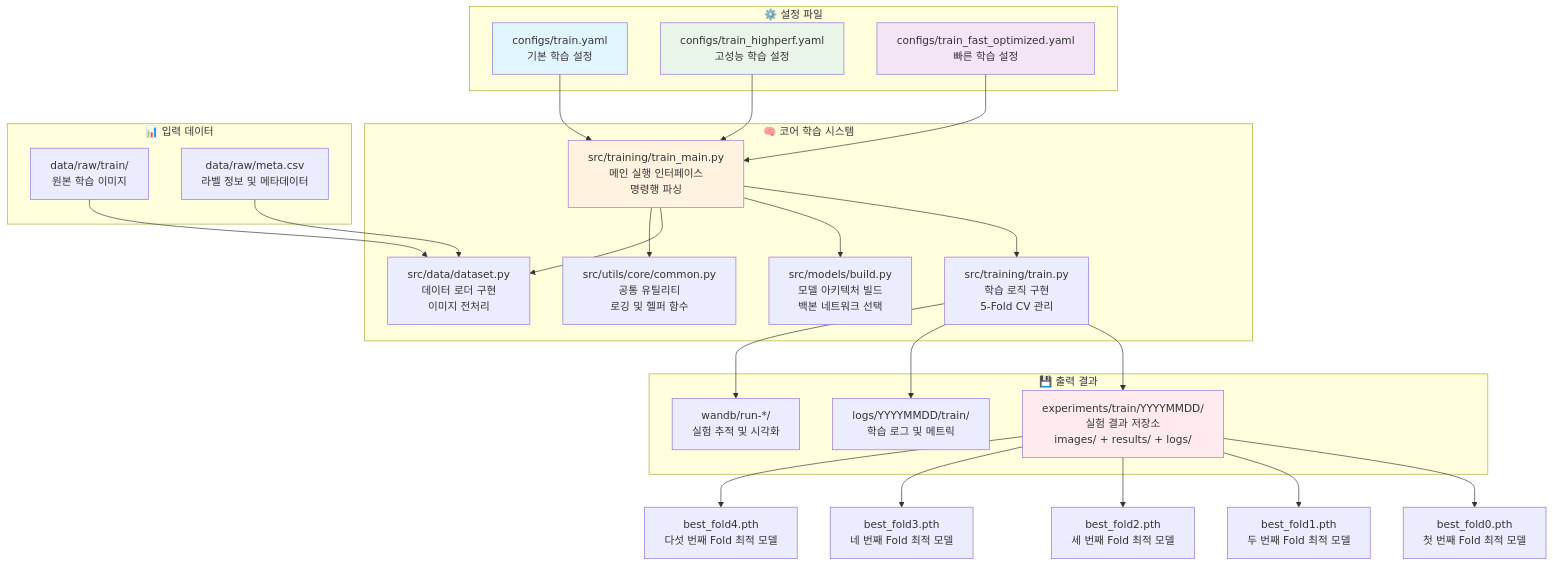
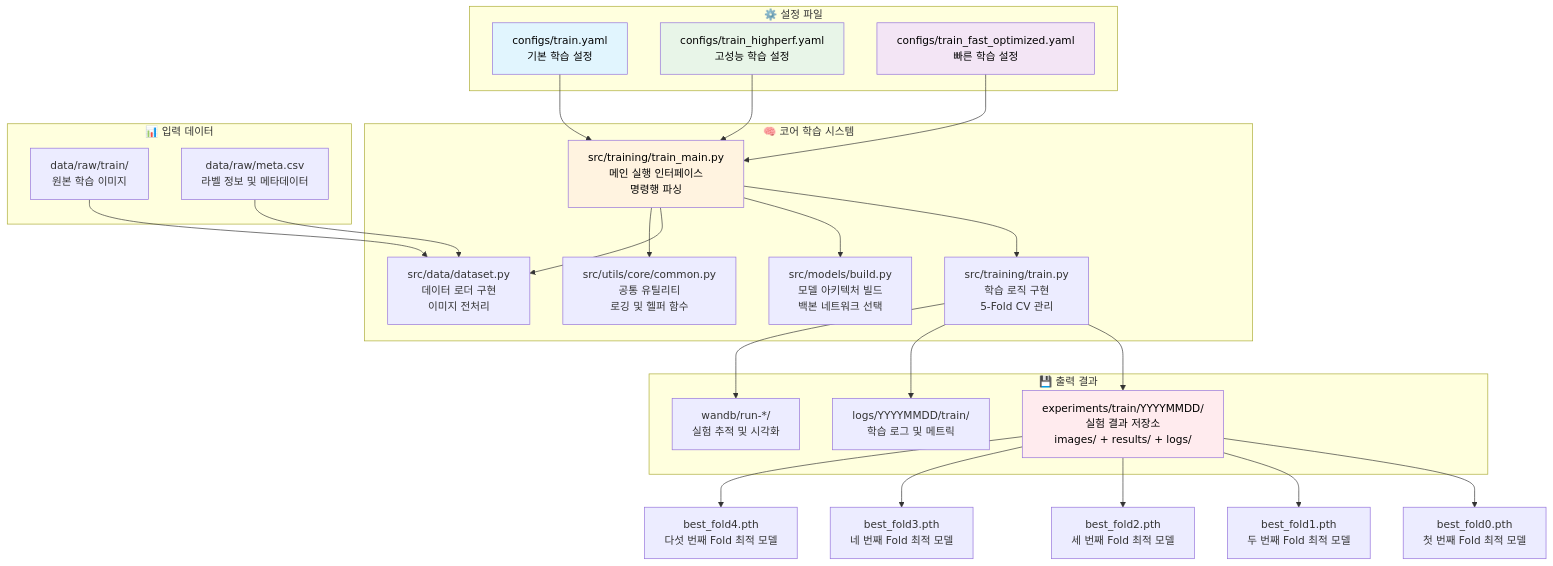
Before and after one commit to nimnusmik/CV_documents_classification_competition: the third of 3 diagrams in docs/파이프라인/학습_파이프라인_가이드.md, drawn with Mermaid. The commit also changed other lines of this file and 11 other files, not shown here.

Commit message:
docs: mermaid 글자 색상 명확한 검정색으로 수정

````diff
--- a/docs/파이프라인/학습_파이프라인_가이드.md
+++ b/docs/파이프라인/학습_파이프라인_가이드.md
@@ -82,55 +82,55 @@
 ```mermaid
 graph TB
     subgraph "⚙️ 설정 파일"
         CONFIG1[configs/train.yaml<br/>기본 학습 설정]
         CONFIG2[configs/train_highperf.yaml<br/>고성능 학습 설정]
         CONFIG3[configs/train_fast_optimized.yaml<br/>빠른 학습 설정]
     end
     
     subgraph "🧠 코어 학습 시스템"
         MAIN[src/training/train_main.py<br/>메인 실행 인터페이스<br/>명령행 파싱]
         TRAIN[src/training/train.py<br/>학습 로직 구현<br/>5-Fold CV 관리]
         MODELS[src/models/build.py<br/>모델 아키텍처 빌드<br/>백본 네트워크 선택]
         DATA[src/data/dataset.py<br/>데이터 로더 구현<br/>이미지 전처리]
         UTILS[src/utils/core/common.py<br/>공통 유틸리티<br/>로깅 및 헬퍼 함수]
     end
     
     subgraph "📊 입력 데이터"
         RAW[data/raw/train/<br/>원본 학습 이미지]
         META[data/raw/meta.csv<br/>라벨 정보 및 메타데이터]
     end
     
     subgraph "💾 출력 결과"
         EXP[experiments/train/YYYYMMDD/<br/>실험 결과 저장소<br/>images/ + results/ + logs/]
         LOGS[logs/YYYYMMDD/train/<br/>학습 로그 및 메트릭]
         WANDB[wandb/run-*/<br/>실험 추적 및 시각화]
     end
     
     CONFIG1 --> MAIN
     CONFIG2 --> MAIN
     CONFIG3 --> MAIN
     
     MAIN --> TRAIN
     MAIN --> MODELS
     MAIN --> DATA
     MAIN --> UTILS
     
     RAW --> DATA
     META --> DATA
     
     TRAIN --> EXP
     TRAIN --> LOGS
     TRAIN --> WANDB
     
     EXP --> FOLD1[best_fold0.pth<br/>첫 번째 Fold 최적 모델]
     EXP --> FOLD2[best_fold1.pth<br/>두 번째 Fold 최적 모델]
     EXP --> FOLD3[best_fold2.pth<br/>세 번째 Fold 최적 모델]
     EXP --> FOLD4[best_fold3.pth<br/>네 번째 Fold 최적 모델]
     EXP --> FOLD5[best_fold4.pth<br/>다섯 번째 Fold 최적 모델]
     
-    style CONFIG1 fill:#e1f5fe
-    style CONFIG2 fill:#e8f5e8
-    style CONFIG3 fill:#f3e5f5
-    style MAIN fill:#fff3e0
-    style EXP fill:#ffebee
+    style CONFIG1 fill:#e1f5fe, color:#000000
+    style CONFIG2 fill:#e8f5e8, color:#000000
+    style CONFIG3 fill:#f3e5f5, color:#000000
+    style MAIN fill:#fff3e0, color:#000000
+    style EXP fill:#ffebee, color:#000000
 ```
````
